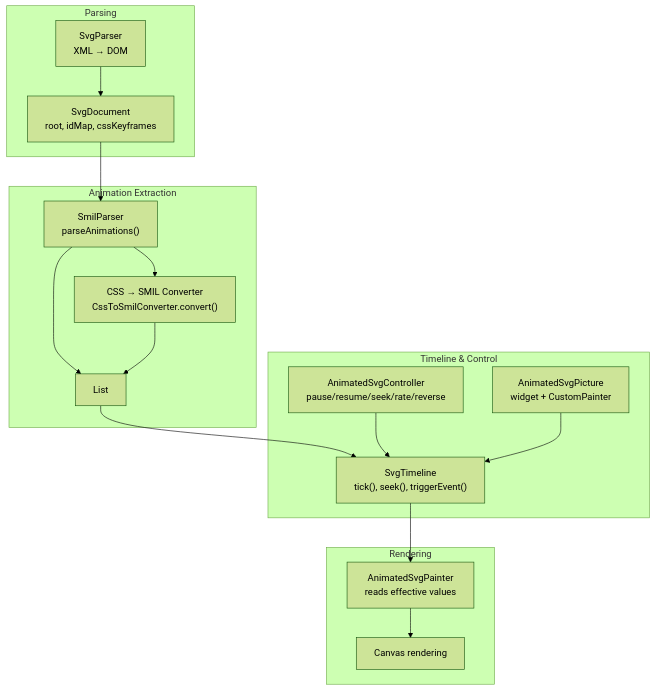
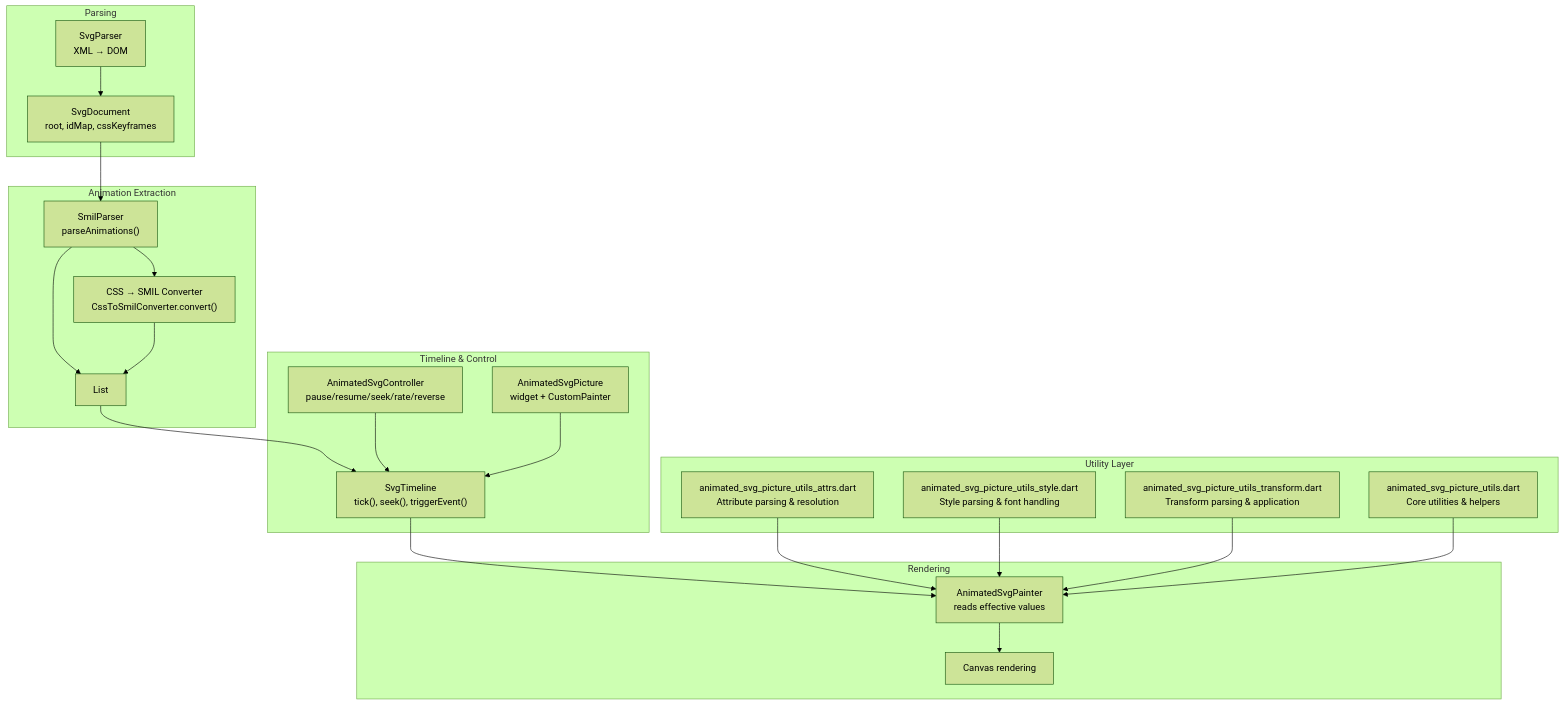
One commit to denisnadey/flutter_full_svg_support changed the first of 13 diagrams in .qoder/repowiki/en/content/Animated SVG Support/Animated SVG Support.md. Above: the diagram before and after it, drawn with Mermaid (forest theme). The commit also changed other lines of this file and 58 other files, not shown here.

First line of the commit message:
docs(animated-svg): add utility classes and enhance text rendering features

````diff
--- a/.qoder/repowiki/en/content/Animated SVG Support/Animated SVG Support.md
+++ b/.qoder/repowiki/en/content/Animated SVG Support/Animated SVG Support.md
@@ -37,21 +58,27 @@
 ```mermaid
 graph TB
 subgraph "Parsing"
 A["SvgParser<br/>XML → DOM"] --> B["SvgDocument<br/>root, idMap, cssKeyframes"]
 end
 subgraph "Animation Extraction"
 B --> C["SmilParser<br/>parseAnimations()"]
 C --> D["List<SmilAnimation>"]
 C --> E["CSS → SMIL Converter<br/>CssToSmilConverter.convert()"]
 E --> D
 end
 subgraph "Timeline & Control"
 D --> F["SvgTimeline<br/>tick(), seek(), triggerEvent()"]
 G["AnimatedSvgController<br/>pause/resume/seek/rate/reverse"] --> F
 H["AnimatedSvgPicture<br/>widget + CustomPainter"] --> F
 end
 subgraph "Rendering"
 F --> I["AnimatedSvgPainter<br/>reads effective values"]
 I --> J["Canvas rendering"]
 end
+subgraph "Utility Layer"
+K["animated_svg_picture_utils_attrs.dart<br/>Attribute parsing & resolution"] --> I
+L["animated_svg_picture_utils_style.dart<br/>Style parsing & font handling"] --> I
+M["animated_svg_picture_utils_transform.dart<br/>Transform parsing & application"] --> I
+N["animated_svg_picture_utils.dart<br/>Core utilities & helpers"] --> I
+end
 ```
````
